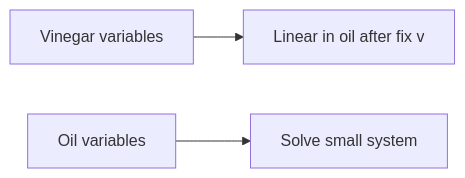
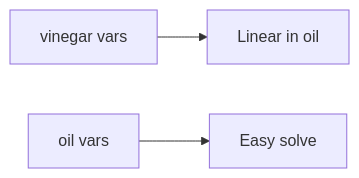
Before and after one commit to kalyogyogi-ui/Ai-check-: the first of 2 diagrams in manuscript/chapters/08-multivariate.md, drawn with Mermaid. The commit also changed other lines of this file and 31 other files, not shown here.

First line of the commit message:
Fix figure placement: in-section after intro text, repair corrupted headings

````diff
--- a/manuscript/chapters/08-multivariate.md
+++ b/manuscript/chapters/08-multivariate.md
@@ -7,5 +73,5 @@
 ```mermaid
 flowchart LR
-  V[Vinegar variables] --> LIN[Linear in oil after fix v]
-  O[Oil variables] --> SOLVE[Solve small system]
+  V[vinegar vars] --> LIN[Linear in oil]
+  O[oil vars] --> SOLVE[Easy solve]
 ```
````
